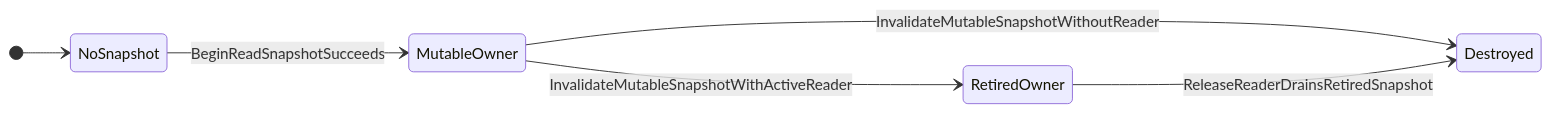
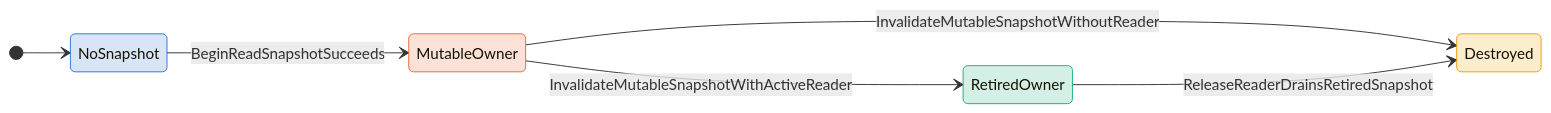
The second of 4 diagrams in zig/specs/tla/diagrams/storage/lsm/AntflyLsmLifecycle.md (antflydb/antfly), drawn with Mermaid before and after one commit. The commit also changed other lines of this file and 27 other files, not shown here.

````diff
--- a/zig/specs/tla/diagrams/storage/lsm/AntflyLsmLifecycle.md
+++ b/zig/specs/tla/diagrams/storage/lsm/AntflyLsmLifecycle.md
@@ -25,9 +33,17 @@
 ```mermaid
 stateDiagram-v2
     direction LR
     [*] --> NoSnapshot
     NoSnapshot --> MutableOwner : BeginReadSnapshotSucceeds
     MutableOwner --> RetiredOwner : InvalidateMutableSnapshotWithActiveReader
     MutableOwner --> Destroyed : InvalidateMutableSnapshotWithoutReader
     RetiredOwner --> Destroyed : ReleaseReaderDrainsRetiredSnapshot
+    classDef c_NoSnapshot fill:#2a78d630,stroke:#2a78d6
+    class NoSnapshot c_NoSnapshot
+    classDef c_MutableOwner fill:#eb683430,stroke:#eb6834
+    class MutableOwner c_MutableOwner
+    classDef c_RetiredOwner fill:#1baf7a30,stroke:#1baf7a
+    class RetiredOwner c_RetiredOwner
+    classDef c_Destroyed fill:#eda10030,stroke:#eda100
+    class Destroyed c_Destroyed
 ```
````
